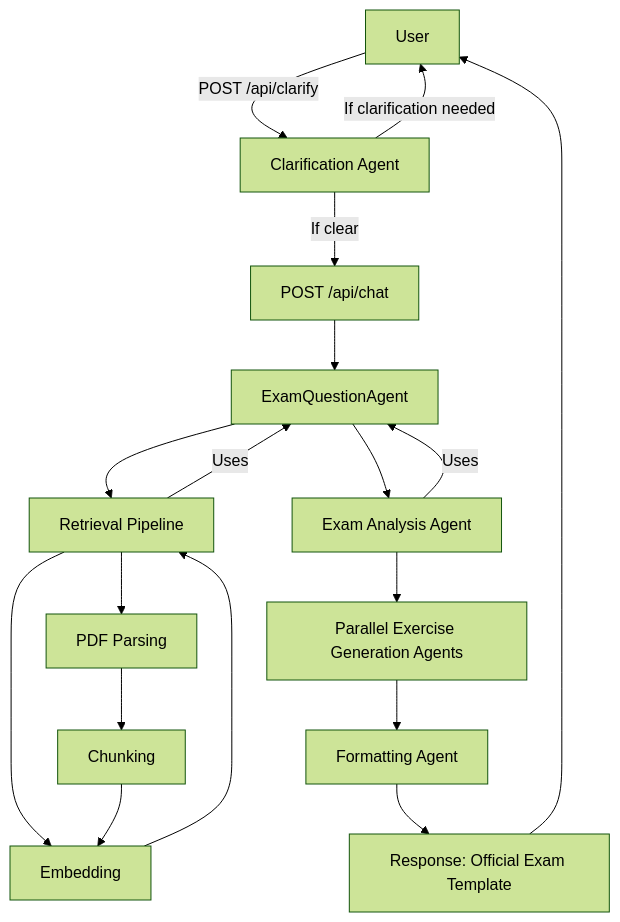
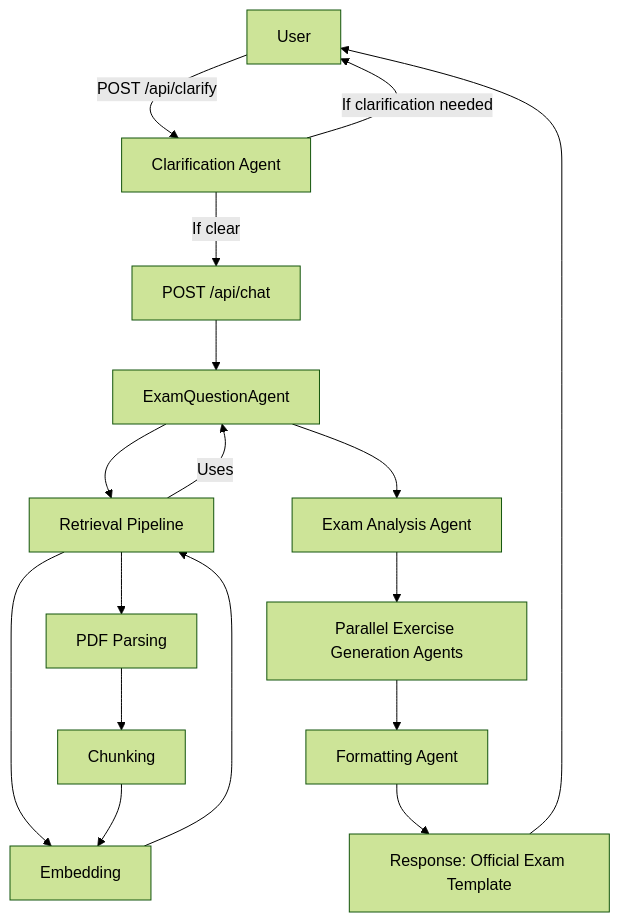
One commit to jawadhussein462/EduMindAI-backend changed the diagram in README.md. Above: the diagram before and after it, drawn with Mermaid (forest theme).

Commit message:
FEAT: Update FlowChat

````diff
--- a/README.md
+++ b/README.md
@@ -92,20 +92,19 @@
 ```mermaid
 flowchart TD
     A["User"] -->|"POST /api/clarify"| B["Clarification Agent"]
     B -->|"If clarification needed"| A
     B -->|"If clear"| C["POST /api/chat"]
     C --> D["ExamQuestionAgent"]
     D --> E["Retrieval Pipeline"]
     E --> F["PDF Parsing"]
     F --> G["Chunking"]
     E --> H["Embedding"]
     D --> I["Exam Analysis Agent"]
     I --> J["Parallel Exercise Generation Agents"]
     J --> K["Formatting Agent"]
     K --> L["Response: Official Exam Template"]
     L --> A
     G --> H
     H --> E
     E -->|"Uses"| D
-    I -->|"Uses"| D
 ```
````
